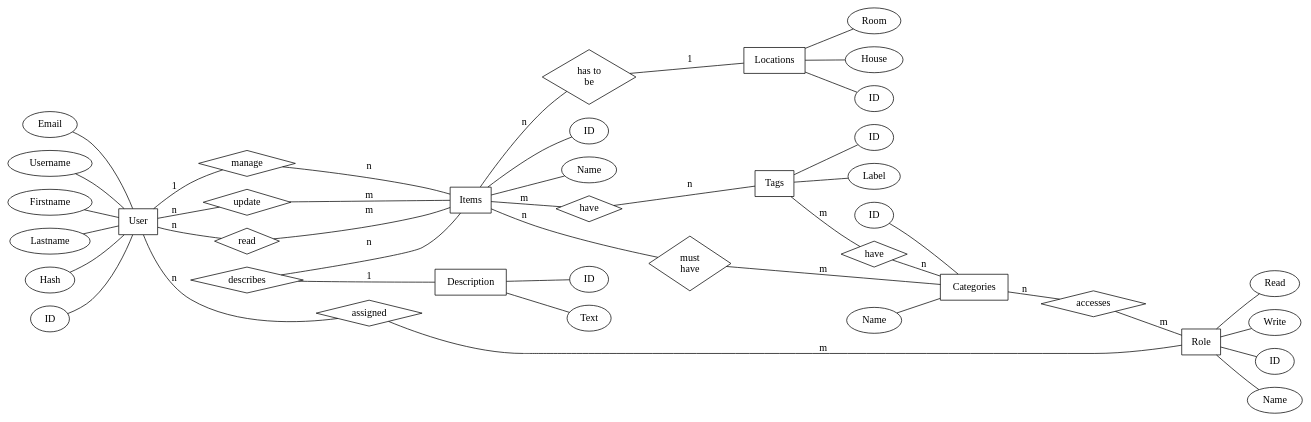
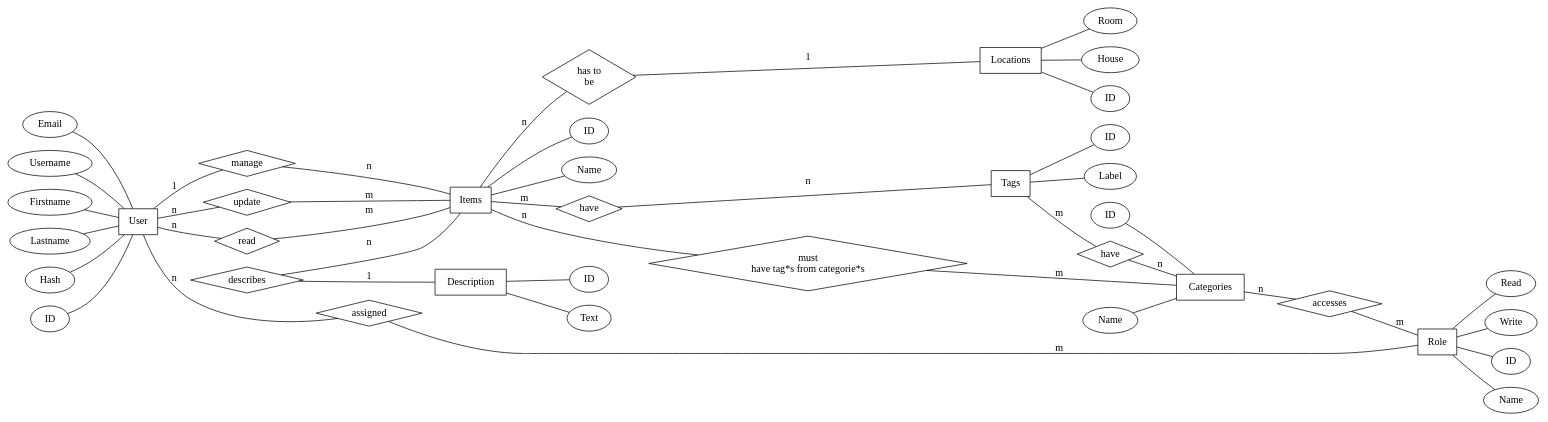
Before and after one commit to gruener-campus-malchow/inventix: the diagram in doc/db/erm.dot, drawn with Graphviz.

Commit message:
must have -> must have tag*s...
must have -> must have tag*s from categorie*s", shape = "diamond"

```diff
--- a/doc/db/erm.dot
+++ b/doc/db/erm.dot
@@ -1,156 +1,156 @@
 graph ERM {
  rankdir=LR;
 
 # user -> item
     u_i_1 [label = "update", shape = "diamond"]
     u_i_2 [label = "read", shape = "diamond"]
     u_i_3 [label = "manage", shape = "diamond"]
     
 # user -> role
     u_r_1  [label = "assigned", shape = "diamond"]
     
 # have
     i_t_1 [label = "have", shape = "diamond"]
     t_c_1 [label = "have", shape = "diamond"]
 
-    i_c_1 [label = "must \n have", shape = "diamond"]
+    i_c_1 [label = "must \n have tag*s from categorie*s", shape = "diamond"]
     
     u_l_1 [label = "has to \n be", shape = "diamond"]
  
     co_i_1 [label = "describes", shape = "diamond"]
     
     c_r_1 [label = "accesses", shape = "diamond"]
  
     
 # objekte
 
     User [shape = "box"]
     
     Items [shape = "box"]
     
     Locations [shape = "box"]
     
     Categories [shape = "box"]
     
     Tags [shape = "box"]
     
     Role [shape = "box"]
     
     Description [shape = "box"]
 
 
 # Attribute
     
     #User
         u_Email [label = "Email"]
         u_userName [label = "Username"]
         u_firstName [label = "Firstname"]
         u_lastName [label = "Lastname"]
         u_hash [label = "Hash"]
         u_id [label = "ID"]
     
     #Items
         i_id [label = "ID"]
         i_name [label = "Name"]
         
     # Tags
         t_id [label = "ID"]
         # t_content [label = "content"] [color = "orange"]
         t_label [label = "Label"]
         
     # Categories
         c_name [label = "Name"]
         c_id [label = "ID"]
         
     #Description
         d_id [label = "ID"]
         d_text [label = "Text"]
         
     # Locations
         lo_id [label = "ID"]
         lo_Room [label = "Room"]
         lo_House [label = "House"]
     
 # Relationships
 
     # u_i
         User -- u_i_1 [label = "n"]
         User -- u_i_2 [label = "n"]
         User -- u_i_3 [label = "1"]
     
         u_i_1 -- Items [label = "m"]
         u_i_2 -- Items [label = "m"]
         u_i_3 -- Items [label = "n"]
     
     # i_t
         Items -- i_t_1 [label = "m"]
         i_t_1 -- Tags [label = "n"]
         
     # i_c
         Items -- i_c_1 [label = "n"]
         i_c_1 -- Categories [label = "m"]
         
     # t_c
         Tags -- t_c_1 [label = "m"]
         t_c_1 -- Categories [label = "n"]
         
     # i_l
         Items -- u_l_1 [label = "n"]
         u_l_1 -- Locations [label = "1"]
         
     # u_r
         User -- u_r_1 [label = "n"]
         u_r_1 -- Role [label = "m"]
     
     # co_i
         co_i_1 -- Items [label = "n"]
         co_i_1 -- Description [label = "1"]
         
         
     # Role-Categories
         Categories -- c_r_1 [label = "n"]
         c_r_1 -- Role [label = "m"]
         
         
 
 # Attribute zuweisen
     
     # User
         u_hash -- User
         u_Email -- User
         u_firstName -- User
         u_lastName -- User
         u_userName -- User
         u_id -- User
     
     # Items
         Items -- i_id
         Items -- i_name
         
     # Tags
         Tags -- t_id
         #Tags -- t_content 
         Tags -- t_label
         
     # Categories
         c_name -- Categories
         c_id -- Categories
 
     # Description
         Description -- d_id
         Description -- d_text
 
     # Locations
     
         Locations -- lo_id
         Locations -- lo_House
         Locations -- lo_Room
        # Locations -- Container
     # Role
     
         Role -- Read
         Role -- Write
         Role -- ID
         Role -- Name
         
 }
```
